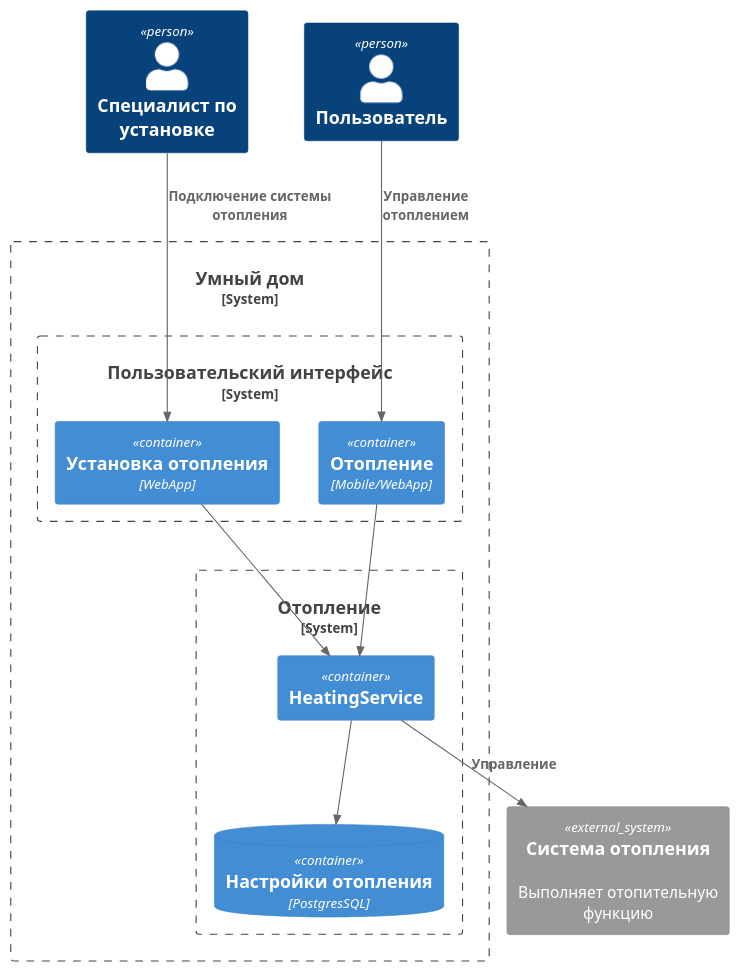
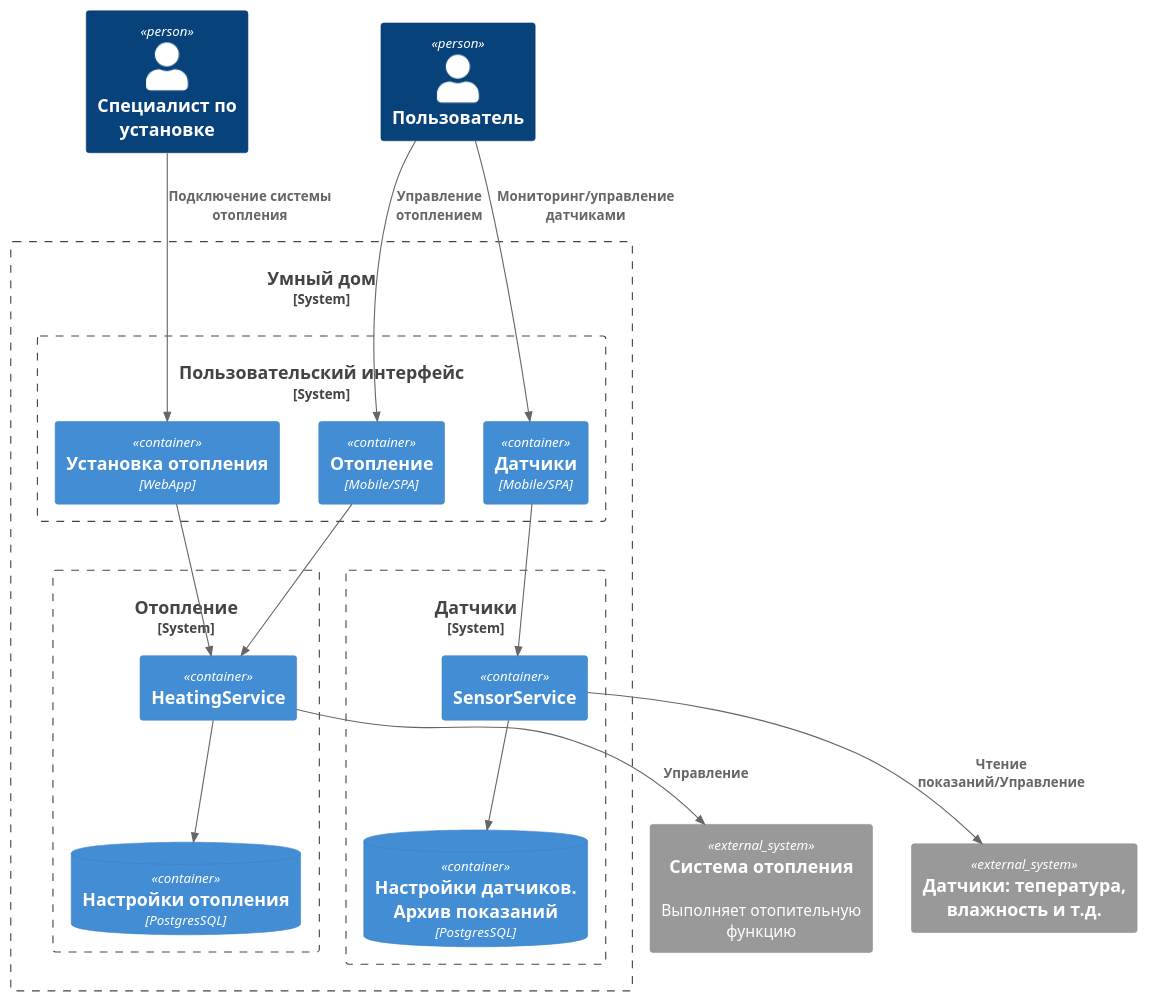
Before and after one commit to vladimir-kulgun/architecture-pro-warmhouse: the diagram in schemas/TO-BE/container.puml, drawn with PlantUML.

Commit message:
SensorService

```diff
--- a/schemas/TO-BE/container.puml
+++ b/schemas/TO-BE/container.puml
@@ -1,33 +1,41 @@
 @startuml
 !include https://raw.githubusercontent.com/plantuml-stdlib/C4-PlantUML/master/C4_Container.puml
 
 Person(engineer, "Специалист по установке")
 Person(user, "Пользователь")
 
 System_Boundary(smartHome, "Умный дом") {
 
   System_Boundary(front_end, "Пользовательский интерфейс") {
     Container(warm_house_fe, "Установка отопления", "WebApp")
-    Container(heating_fe, "Отопление", "Mobile/WebApp")
+    Container(heating_fe, "Отопление", "Mobile/SPA")
+
+    Container(sensors_fe, "Датчики", "Mobile/SPA")
   }
   
-  System_Boundary(heating, "Отопление") {
-    Container(heating_be, "HeatingService", "")
+  System_Boundary(heating_be, "Отопление") {
+    Container(heating_service, "HeatingService", "")
     ContainerDb(heating_db, "Настройки отопления", "PostgresSQL")
   }
-  
-  
+
+  System_Boundary(sensors_be, "Датчики") {
+    Container(sensors_service, "SensorService", "")
+    ContainerDb(sensors_db, "Настройки датчиков. Архив показаний", "PostgresSQL")
+  }
 }
-
-System_Ext(heating_system, "Система отопления", "Выполняет отопительную функцию")
 
 Rel(user, heating_fe, "Управление отоплением")
 Rel(engineer, warm_house_fe, "Подключение системы отопления")
+System_Ext(heating_system, "Система отопления", "Выполняет отопительную функцию")
+Rel(heating_fe, heating_service, "")
+Rel(warm_house_fe, heating_service, "")
+Rel(heating_service, heating_db, "")
+Rel(heating_service, heating_system, "Управление")
 
-Rel(heating_be, heating_system, "Управление")
-Rel(heating_fe, heating_be, "")
-Rel(warm_house_fe, heating_be, "")
-Rel(heating_be, heating_db, "")
-
+Rel(user, sensors_fe, "Мониторинг/управление датчиками")
+System_Ext(sensors, "Датчики: тепература, влажность и т.д.", "")
+Rel(sensors_fe, sensors_service, "")
+Rel(sensors_service, sensors_db, "")
+Rel(sensors_service, sensors, "Чтение показаний/Управление")
 
 @enduml
```
